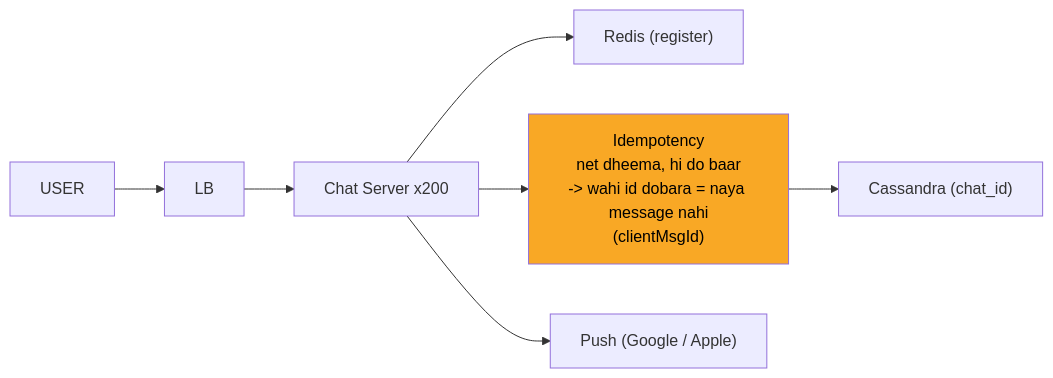
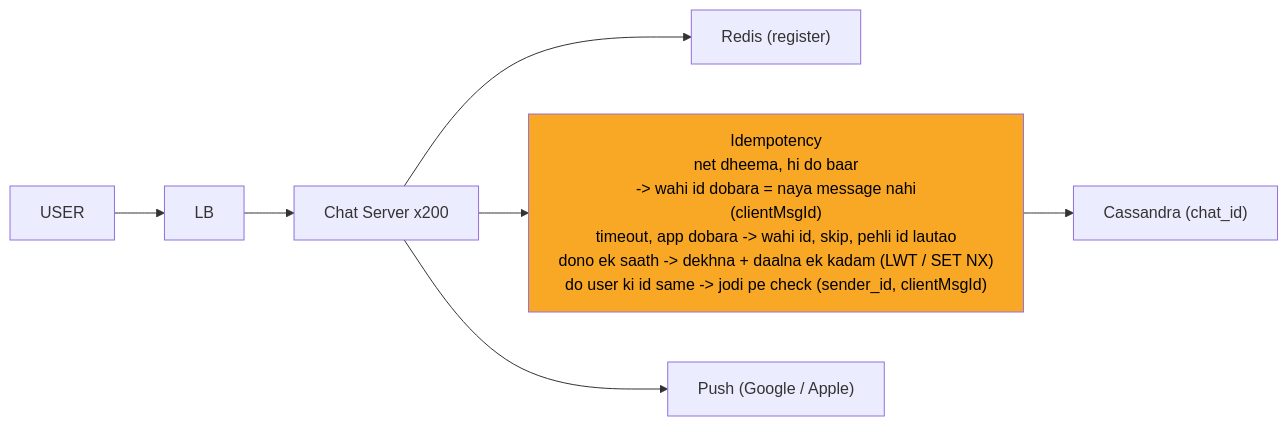
One commit to ArpanMaheshwari144/Prep changed the sixth of 12 diagrams in 04_HLD/SYSTEM_DESIGNS/14_chat_messaging/14_chat_messaging.md. Above: the diagram before and after it, drawn with Mermaid. The commit also changed other lines of this file and 12 other files, not shown here.

Commit message:
hld 02-14: peele dabbe me SAFAR ke mod + diagram chauda (wrappingWidth 450)

````diff
--- a/04_HLD/SYSTEM_DESIGNS/14_chat_messaging/14_chat_messaging.md
+++ b/04_HLD/SYSTEM_DESIGNS/14_chat_messaging/14_chat_messaging.md
@@ -258,17 +263,18 @@
 ```mermaid
+%%{init: {"flowchart": {"wrappingWidth": 450}}}%%
 flowchart LR
     n_U["USER"]
     n_LB["LB"]
     n_CS["Chat Server x200"]
     n_R["Redis (register)"]
-    n_I["Idempotency<br/>net dheema, hi do baar<br/>-> wahi id dobara = naya message nahi<br/>(clientMsgId)"]
+    n_I["Idempotency<br/>net dheema, hi do baar<br/>-> wahi id dobara = naya message nahi<br/>(clientMsgId)<br/>timeout, app dobara -> wahi id, skip, pehli id lautao<br/>dono ek saath -> dekhna + daalna ek kadam (LWT / SET NX)<br/>do user ki id same -> jodi pe check (sender_id, clientMsgId)"]
     n_CA["Cassandra (chat_id)"]
     n_P["Push (Google / Apple)"]
     n_U --> n_LB
     n_LB --> n_CS
     n_CS --> n_R
     n_CS --> n_I
     n_I --> n_CA
     n_CS --> n_P
     style n_I fill:#f9a825,color:#000
 ```
````
